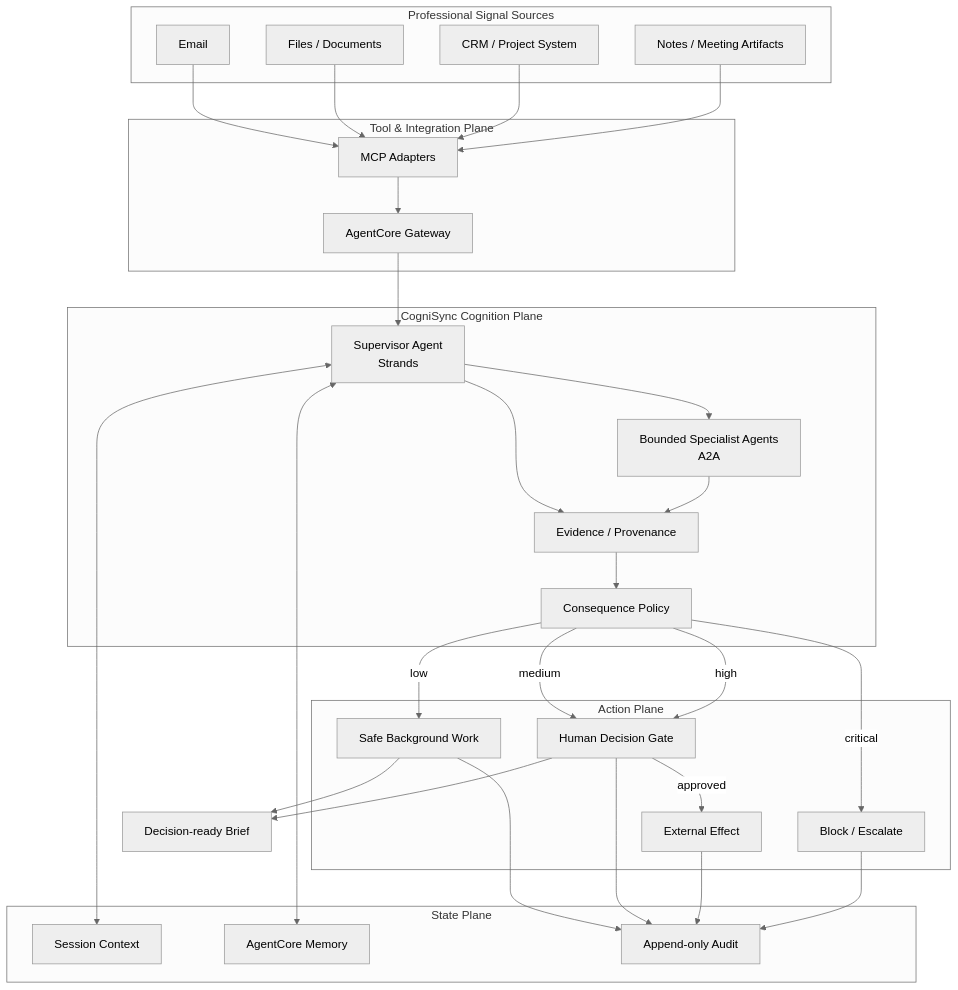
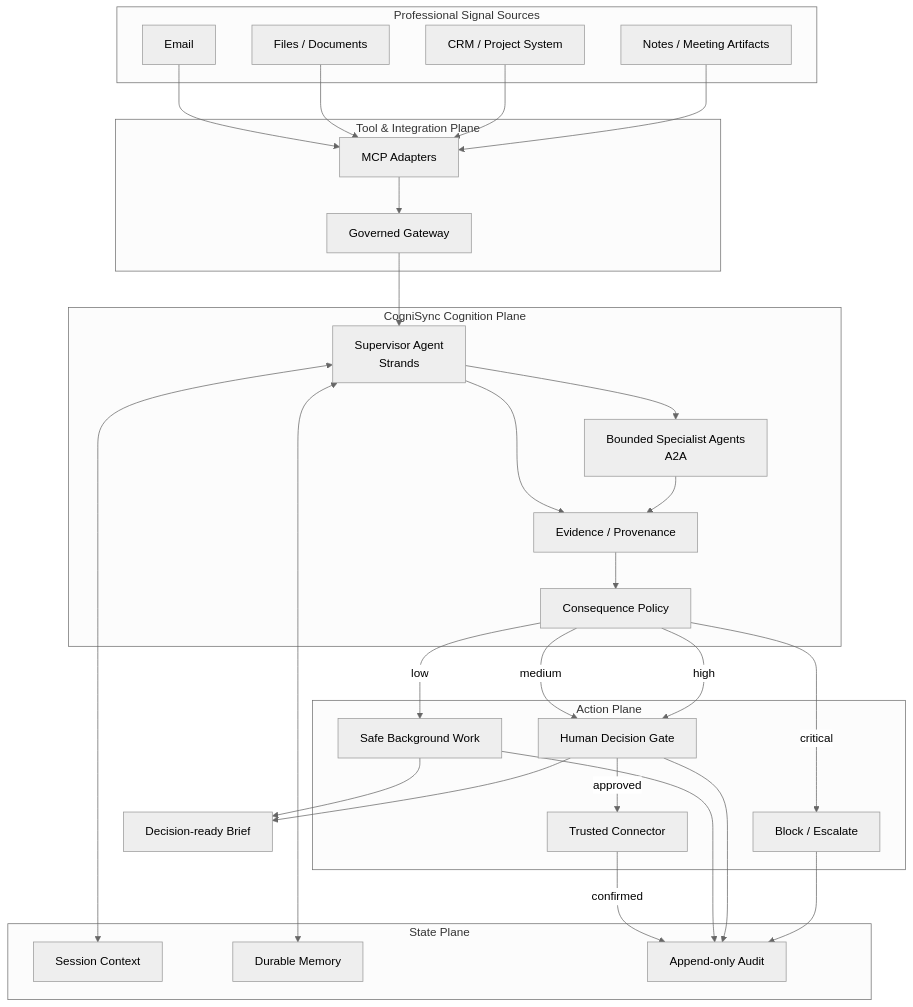
Before and after one commit to fotografandrzejmikulski-bit/Agents-for-Humans-Hackathon: the diagram in docs/ARCHITECTURE.md, drawn with Mermaid (neutral theme). The commit also changed other lines of this file, not shown here.

````diff
--- a/docs/ARCHITECTURE.md
+++ b/docs/ARCHITECTURE.md
@@ -13,52 +17,52 @@
 ```mermaid
 flowchart TB
   subgraph Sources[Professional Signal Sources]
     E[Email]
     F[Files / Documents]
     C[CRM / Project System]
     N[Notes / Meeting Artifacts]
   end
   subgraph ToolPlane[Tool & Integration Plane]
     M[MCP Adapters]
-    G[AgentCore Gateway]
+    G[Governed Gateway]
   end
   subgraph Cognition[CogniSync Cognition Plane]
     S[Supervisor Agent\nStrands]
     X[Bounded Specialist Agents\nA2A]
     V[Evidence / Provenance]
     R[Consequence Policy]
   end
   subgraph State[State Plane]
     STM[Session Context]
-    LTM[AgentCore Memory]
+    LTM[Durable Memory]
     A[Append-only Audit]
   end
   subgraph Action[Action Plane]
     BG[Safe Background Work]
     HITL[Human Decision Gate]
-    O[External Effect]
+    O[Trusted Connector]
     BL[Block / Escalate]
   end
   E --> M
   F --> M
   C --> M
   N --> M
   M --> G --> S
   S <--> STM
   S <--> LTM
   S --> X
   S --> V
   X --> V
   V --> R
   R -->|low| BG
   R -->|medium| HITL
   R -->|high| HITL
   R -->|critical| BL
   HITL -->|approved| O
+  O -->|confirmed| A
   BG --> A
   HITL --> A
-  O --> A
   BL --> A
   BG --> OUT[Decision-ready Brief]
   HITL --> OUT
 ```
````
